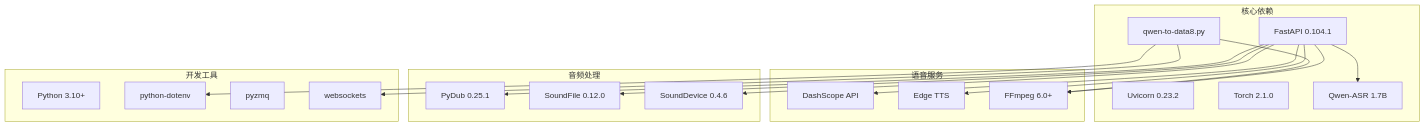
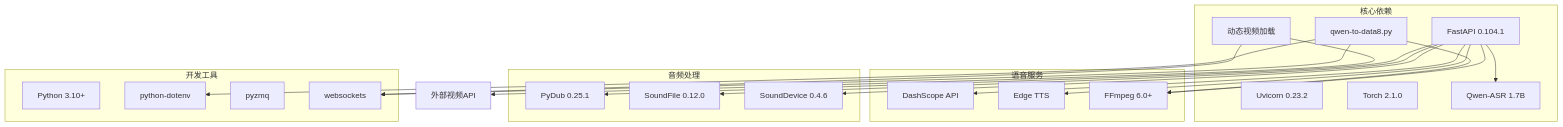
One commit to 1024dashen/Vue3Speech changed the third of 4 diagrams in .qoder/repowiki/zh/content/API接口参考/HTTP RESTful API端点.md. Above: the diagram before and after it, drawn with Mermaid. The commit also changed other lines of this file and 13 other files, not shown here.

````diff
--- a/.qoder/repowiki/zh/content/API接口参考/HTTP RESTful API端点.md
+++ b/.qoder/repowiki/zh/content/API接口参考/HTTP RESTful API端点.md
@@ -758,36 +786,39 @@
 ```mermaid
 graph TB
 subgraph "核心依赖"
 FastAPI[FastAPI 0.104.1]
 Uvicorn[Uvicorn 0.23.2]
 Torch[Torch 2.1.0]
 QwenASR[Qwen-ASR 1.7B]
 ExportService[qwen-to-data8.py]
+DynamicVideo[动态视频加载]
 end
 subgraph "语音服务"
 DashScope[DashScope API]
 EdgeTTS[Edge TTS]
 FFmpeg[FFmpeg 6.0+]
 end
 subgraph "音频处理"
 PyDub[PyDub 0.25.1]
 SoundFile[SoundFile 0.12.0]
 SoundDevice[SoundDevice 0.4.6]
 end
 subgraph "开发工具"
 PythonEnv[Python 3.10+]
 DotEnv[python-dotenv]
 PyZMQ[pyzmq]
 WebSocket[websockets]
 end
 FastAPI --> DashScope
 FastAPI --> EdgeTTS
 FastAPI --> FFmpeg
 FastAPI --> PyDub
 FastAPI --> SoundFile
 FastAPI --> SoundDevice
 FastAPI --> QwenASR
 ExportService --> FFmpeg
 ExportService --> WebSocket
 ExportService --> DotEnv
+DynamicVideo --> WebSocket
+DynamicVideo --> ExternalAPI[外部视频API]
 ```
````
